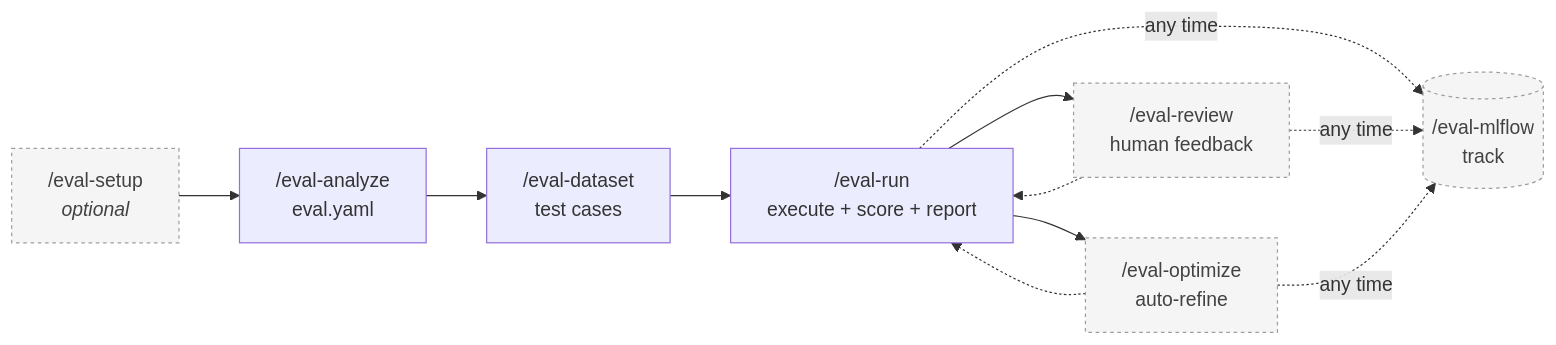
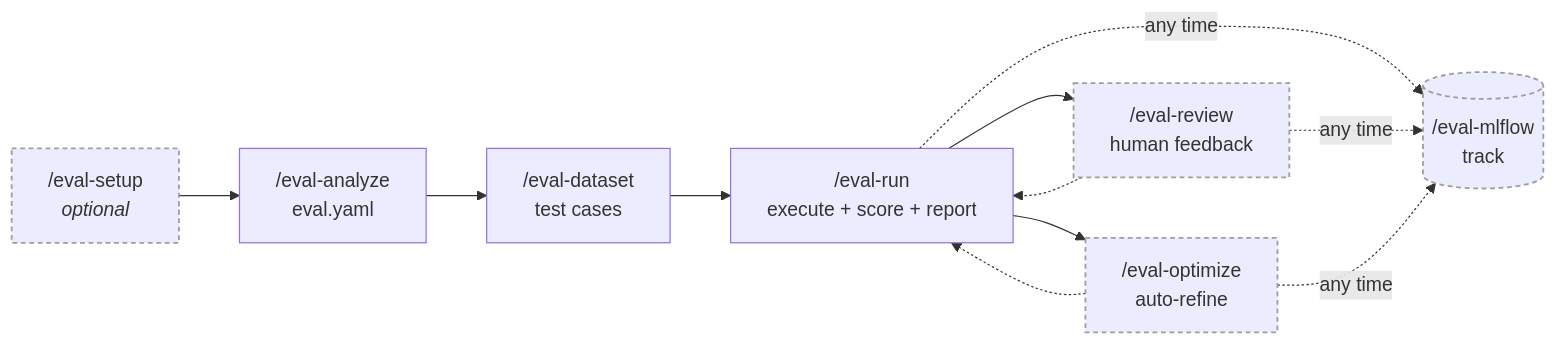
The diagram in website/guides/pipeline.md (GuyZivRH/agent-eval-harness), drawn with Mermaid before and after one commit. The commit also changed 1 other file, not shown here.

````diff
--- a/website/guides/pipeline.md
+++ b/website/guides/pipeline.md
@@ -29,18 +29,20 @@
 ```mermaid
 flowchart LR
     setup["/eval-setup<br/><i>optional</i>"] --> analyze["/eval-analyze<br/>eval.yaml"]
     analyze --> dataset["/eval-dataset<br/>test cases"]
     dataset --> run["/eval-run<br/>execute + score + report"]
     run --> review["/eval-review<br/>human feedback"]
     run --> optimize["/eval-optimize<br/>auto-refine"]
     review -.-> run
     optimize -.-> run
     run -. any time .-> mlflow[("/eval-mlflow<br/>track")]
     review -. any time .-> mlflow
     optimize -. any time .-> mlflow
 
-    %% color: pins the label text (inline !important) so the light fill stays
-    %% readable in dark mode, where Material would otherwise make the text light.
-    classDef opt fill:#f5f5f5,stroke:#9e9e9e,stroke-dasharray:3 3,color:#424242;
+    %% Mark optional steps with a dashed border, NOT a fill. Material forces node
+    %% label text to a theme-adaptive color (white in dark mode) inside a closed
+    %% shadow DOM, so a light fill would render white-on-light text. Leaving the
+    %% fill to the theme keeps the label readable; the dashed stroke marks them.
+    classDef opt stroke:#9e9e9e,stroke-width:1.5px,stroke-dasharray:4 3;
     class setup,review,optimize,mlflow opt;
 ```
````
